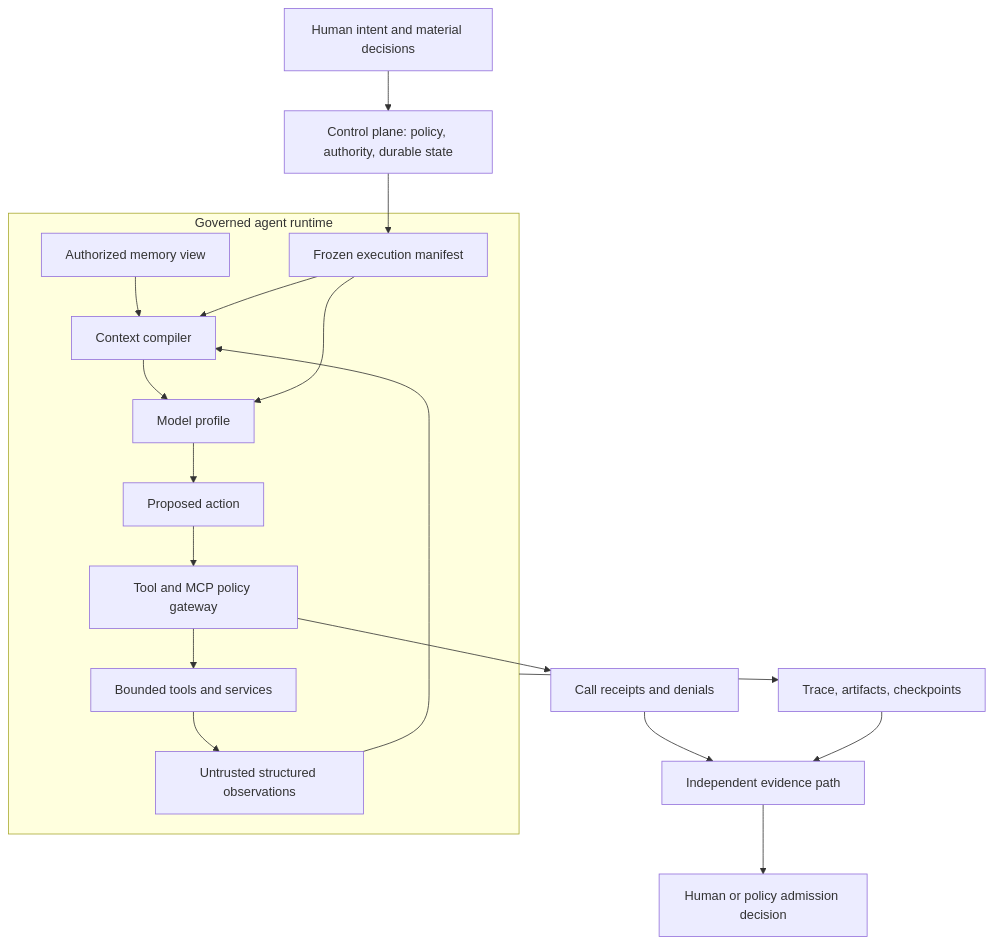
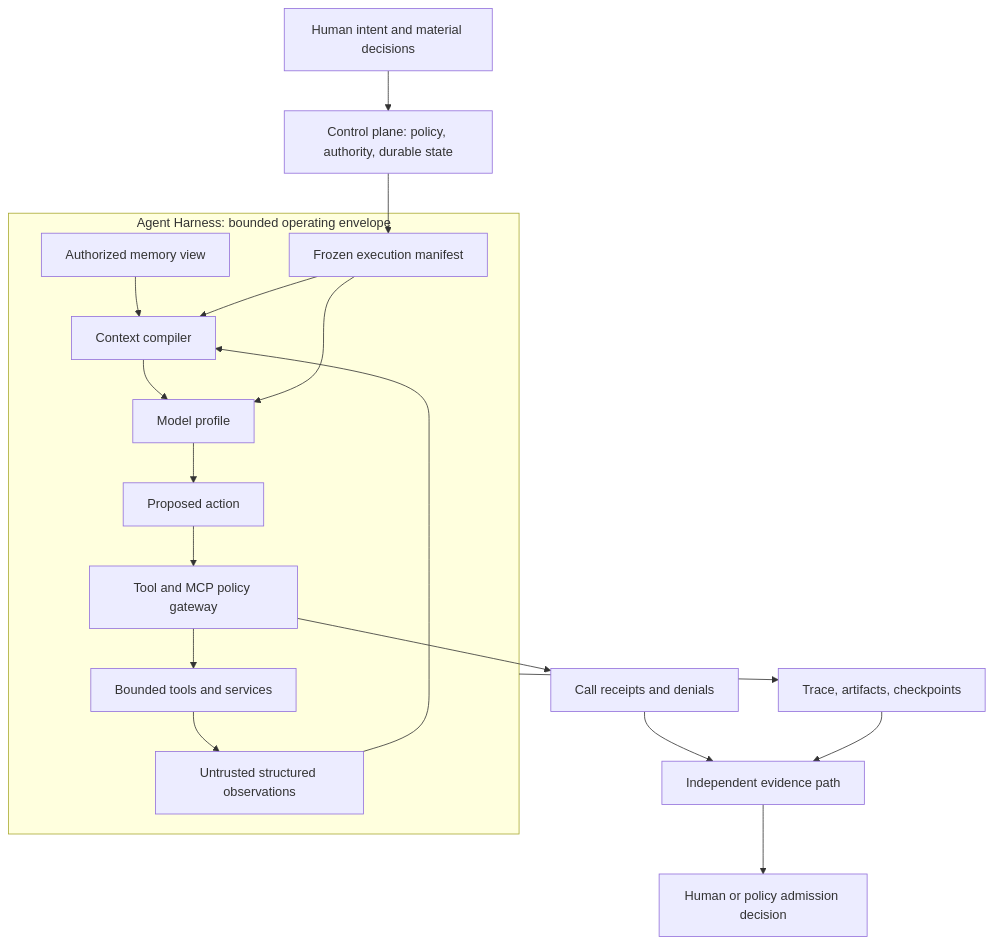
One commit to jaydubya818/ai-software-factory-mastery changed the first of 8 diagrams in guide/03-build/18-agent-architecture.md. Above: the diagram before and after it, drawn with Mermaid. The commit also changed other lines of this file and 27 other files, not shown here.

````diff
--- a/guide/03-build/18-agent-architecture.md
+++ b/guide/03-build/18-agent-architecture.md
@@ -50,21 +50,21 @@
 ```mermaid
 flowchart TB
     Human["Human intent and material decisions"] --> Control["Control plane: policy, authority, durable state"]
     Control --> Manifest["Frozen execution manifest"]
-    subgraph Runtime["Governed agent runtime"]
+    subgraph Harness["Agent Harness: bounded operating envelope"]
         Compiler["Context compiler"] --> Model["Model profile"]
         Memory["Authorized memory view"] --> Compiler
         Manifest --> Compiler
         Manifest --> Model
         Model --> Proposal["Proposed action"]
         Proposal --> Gateway["Tool and MCP policy gateway"]
         Gateway --> Tools["Bounded tools and services"]
         Tools --> Observation["Untrusted structured observations"]
         Observation --> Compiler
     end
     Gateway --> Receipts["Call receipts and denials"]
-    Runtime --> Trace["Trace, artifacts, checkpoints"]
+    Harness --> Trace["Trace, artifacts, checkpoints"]
     Receipts --> Evidence["Independent evidence path"]
     Trace --> Evidence
     Evidence --> Decision["Human or policy admission decision"]
 ```
````
